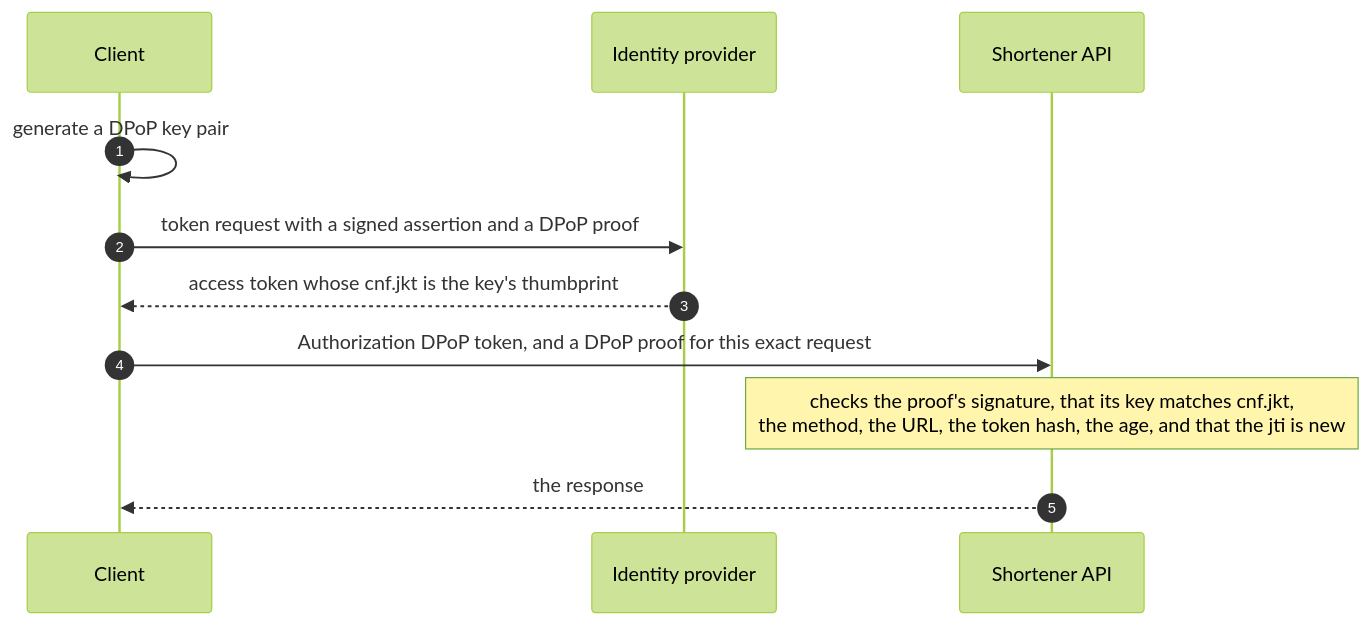
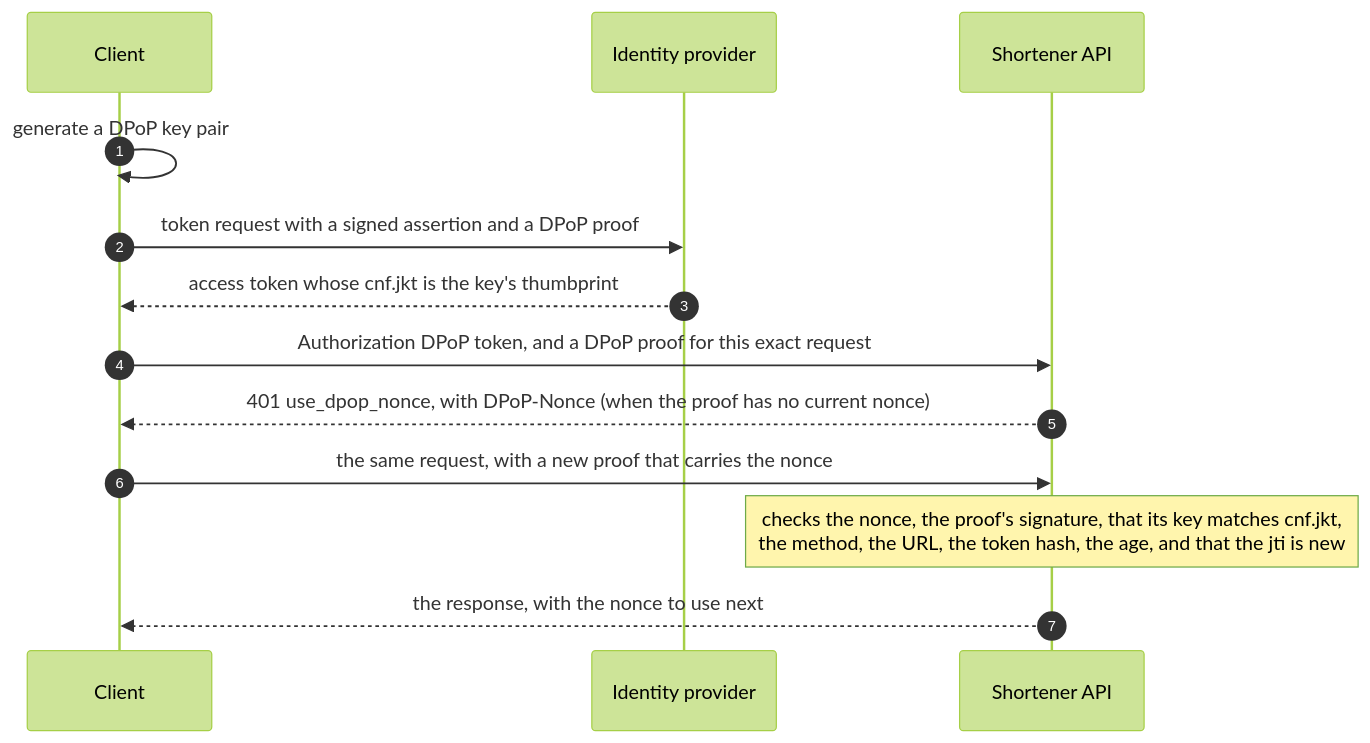
Before and after one commit to christ008/shortener: the sixth of 9 diagrams in docs/INTERNALS.md, drawn with Mermaid (forest theme). The commit also changed other lines of this file and 30 other files, not shown here.

````diff
--- a/docs/INTERNALS.md
+++ b/docs/INTERNALS.md
@@ -336,13 +338,15 @@
 ```mermaid
 sequenceDiagram
     autonumber
     participant Client
     participant IdP as Identity provider
     participant API as Shortener API
     Client->>Client: generate a DPoP key pair
     Client->>IdP: token request with a signed assertion and a DPoP proof
     IdP-->>Client: access token whose cnf.jkt is the key's thumbprint
     Client->>API: Authorization DPoP token, and a DPoP proof for this exact request
-    Note over API: checks the proof's signature, that its key matches cnf.jkt,<br/>the method, the URL, the token hash, the age, and that the jti is new
-    API-->>Client: the response
+    API-->>Client: 401 use_dpop_nonce, with DPoP-Nonce (when the proof has no current nonce)
+    Client->>API: the same request, with a new proof that carries the nonce
+    Note over API: checks the nonce, the proof's signature, that its key matches cnf.jkt,<br/>the method, the URL, the token hash, the age, and that the jti is new
+    API-->>Client: the response, with the nonce to use next
 ```
````
